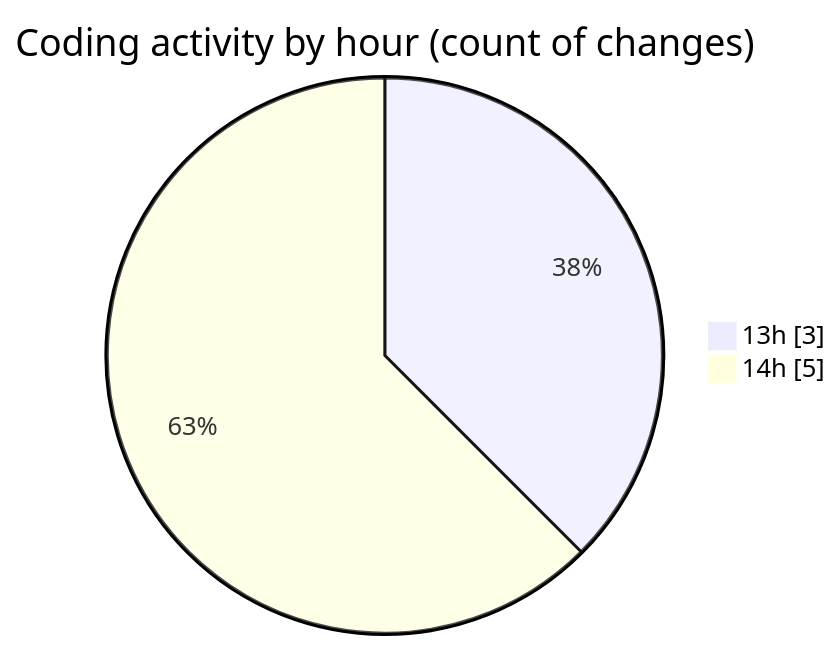
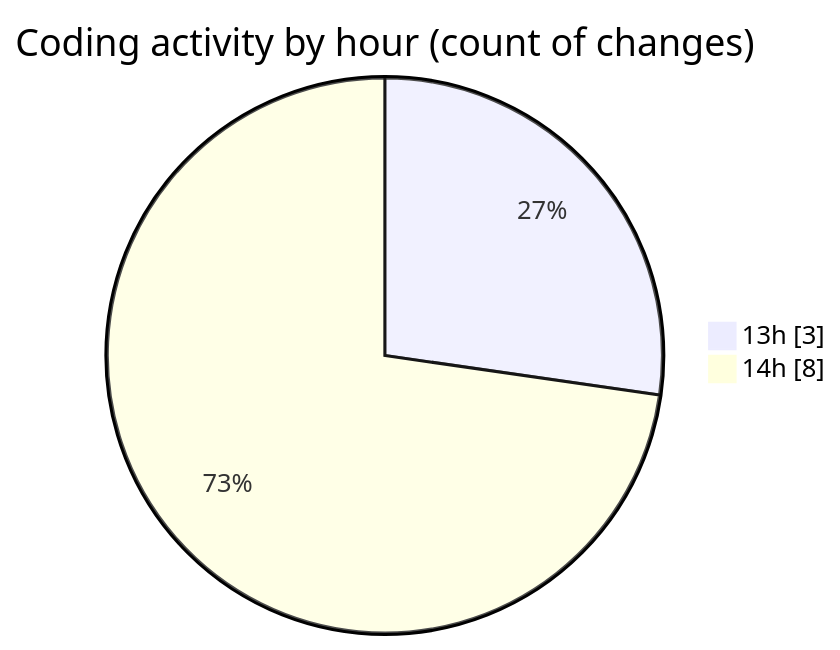
Before and after one commit to NitaiMahat/code-tracking: the second of 2 diagrams in 2025-02-04/recipe-page-main/README.md, drawn with Mermaid. The commit also changed other lines of this file and 1 other file, not shown here.

````diff
--- a/2025-02-04/recipe-page-main/README.md
+++ b/2025-02-04/recipe-page-main/README.md
@@ -30,6 +30,6 @@
 ```mermaid
 pie showData
 title Coding activity by hour (count of changes)
 "13h" : 3
-"14h" : 5
+"14h" : 8
 ```
````
